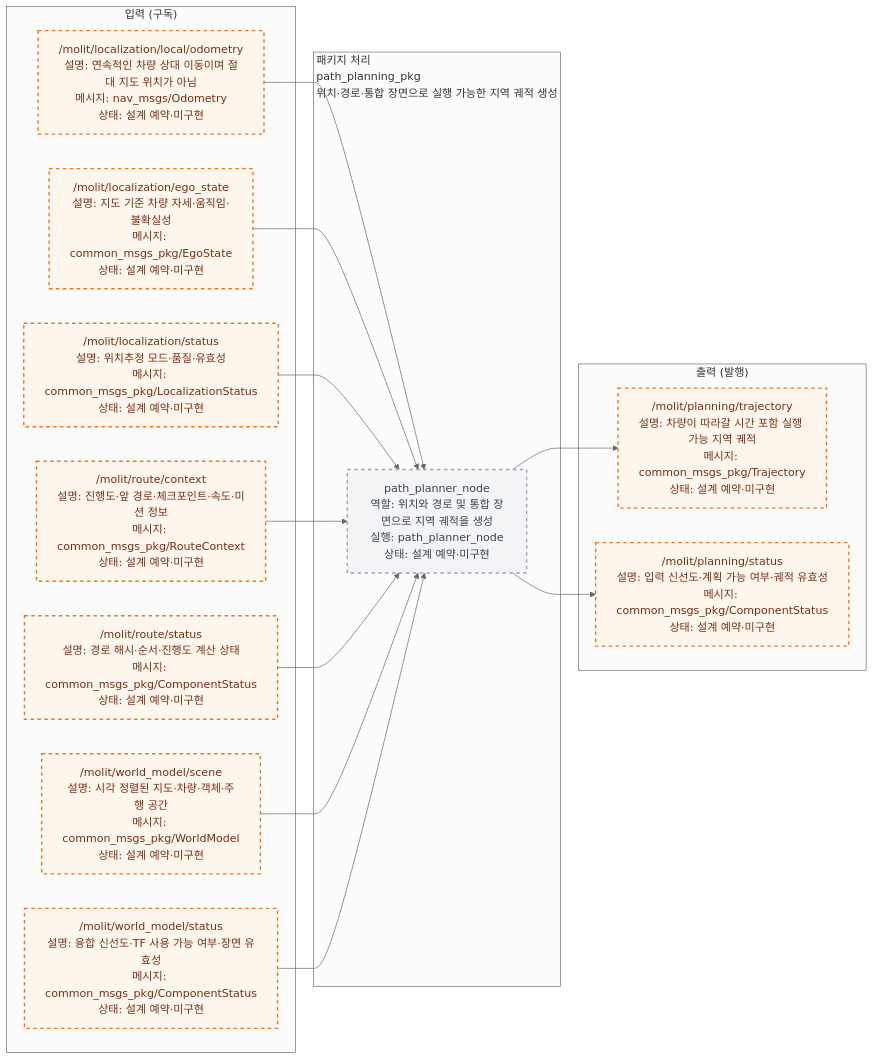
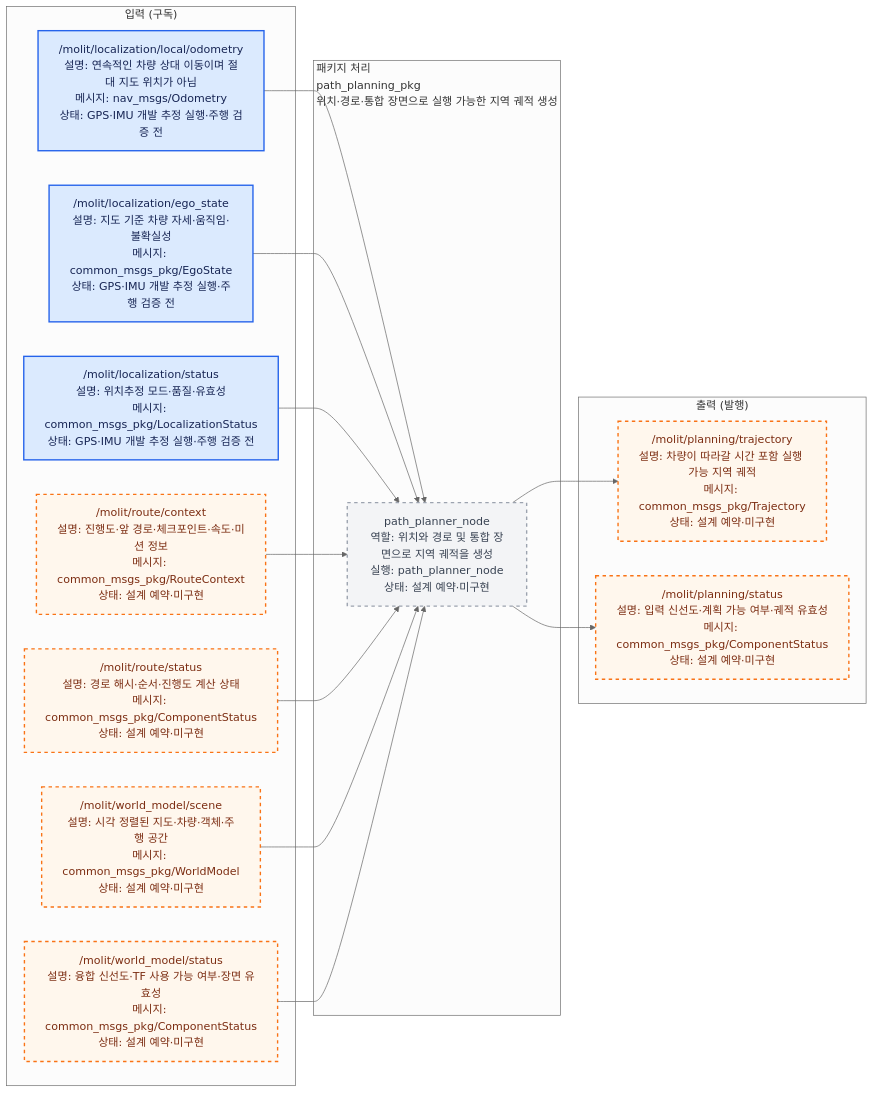
The diagram in src/path_planning_pkg/docs/interface_io.mmd (Team-Stier/Morai_Sim_team2), drawn with Mermaid (neutral theme) before and after one commit. The commit also changed 145 other files, not shown here.

```diff
--- a/src/path_planning_pkg/docs/interface_io.mmd
+++ b/src/path_planning_pkg/docs/interface_io.mmd
@@ -1,47 +1,47 @@
 %% AUTO-GENERATED by ros_architecture_pkg/scripts/generate_interface_diagrams.py. DO NOT EDIT.
 %% Source of truth: ros_architecture_pkg/config/interface_contract.yaml
 flowchart LR
     classDef liveNode fill:#dcfce7,color:#14532d,stroke:#16a34a,stroke-width:2px;
     classDef reservedNode fill:#f3f4f6,color:#374151,stroke:#9ca3af,stroke-width:2px,stroke-dasharray: 5 5;
     classDef liveTopic fill:#dbeafe,color:#172554,stroke:#2563eb,stroke-width:2px;
     classDef reservedTopic fill:#fff7ed,color:#7c2d12,stroke:#f97316,stroke-width:2px,stroke-dasharray: 5 5;
     classDef emptyPort fill:#ffffff,color:#6b7280,stroke:#d1d5db,stroke-dasharray: 3 3;
     classDef externalEndpoint fill:#f3e8ff,color:#581c87,stroke:#9333ea,stroke-width:3px;
 
     subgraph INPUTS["입력 (구독)"]
-        input_000["/molit/localization/local/odometry<br/>설명: 연속적인 차량 상대 이동이며 절대 지도 위치가 아님<br/>메시지: nav_msgs/Odometry<br/>상태: 설계 예약·미구현"]
-        input_001["/molit/localization/ego_state<br/>설명: 지도 기준 차량 자세·움직임·불확실성<br/>메시지: common_msgs_pkg/EgoState<br/>상태: 설계 예약·미구현"]
-        input_002["/molit/localization/status<br/>설명: 위치추정 모드·품질·유효성<br/>메시지: common_msgs_pkg/LocalizationStatus<br/>상태: 설계 예약·미구현"]
+        input_000["/molit/localization/local/odometry<br/>설명: 연속적인 차량 상대 이동이며 절대 지도 위치가 아님<br/>메시지: nav_msgs/Odometry<br/>상태: GPS·IMU 개발 추정 실행·주행 검증 전"]
+        input_001["/molit/localization/ego_state<br/>설명: 지도 기준 차량 자세·움직임·불확실성<br/>메시지: common_msgs_pkg/EgoState<br/>상태: GPS·IMU 개발 추정 실행·주행 검증 전"]
+        input_002["/molit/localization/status<br/>설명: 위치추정 모드·품질·유효성<br/>메시지: common_msgs_pkg/LocalizationStatus<br/>상태: GPS·IMU 개발 추정 실행·주행 검증 전"]
         input_003["/molit/route/context<br/>설명: 진행도·앞 경로·체크포인트·속도·미션 정보<br/>메시지: common_msgs_pkg/RouteContext<br/>상태: 설계 예약·미구현"]
         input_004["/molit/route/status<br/>설명: 경로 해시·순서·진행도 계산 상태<br/>메시지: common_msgs_pkg/ComponentStatus<br/>상태: 설계 예약·미구현"]
         input_005["/molit/world_model/scene<br/>설명: 시각 정렬된 지도·차량·객체·주행 공간<br/>메시지: common_msgs_pkg/WorldModel<br/>상태: 설계 예약·미구현"]
         input_006["/molit/world_model/status<br/>설명: 융합 신선도·TF 사용 가능 여부·장면 유효성<br/>메시지: common_msgs_pkg/ComponentStatus<br/>상태: 설계 예약·미구현"]
     end
     subgraph PACKAGE["패키지 처리<br/>path_planning_pkg<br/>위치·경로·통합 장면으로 실행 가능한 지역 궤적 생성"]
         local_node_000["path_planner_node<br/>역할: 위치와 경로 및 통합 장면으로 지역 궤적을 생성<br/>실행: path_planner_node<br/>상태: 설계 예약·미구현"]
     end
     subgraph OUTPUTS["출력 (발행)"]
         output_000["/molit/planning/trajectory<br/>설명: 차량이 따라갈 시간 포함 실행 가능 지역 궤적<br/>메시지: common_msgs_pkg/Trajectory<br/>상태: 설계 예약·미구현"]
         output_001["/molit/planning/status<br/>설명: 입력 신선도·계획 가능 여부·궤적 유효성<br/>메시지: common_msgs_pkg/ComponentStatus<br/>상태: 설계 예약·미구현"]
     end
 
     input_000 --> local_node_000
     input_001 --> local_node_000
     input_002 --> local_node_000
     input_003 --> local_node_000
     input_004 --> local_node_000
     input_005 --> local_node_000
     input_006 --> local_node_000
     local_node_000 --> output_000
     local_node_000 --> output_001
 
     class local_node_000 reservedNode;
-    class input_000 reservedTopic;
-    class input_001 reservedTopic;
-    class input_002 reservedTopic;
+    class input_000 liveTopic;
+    class input_001 liveTopic;
+    class input_002 liveTopic;
     class input_003 reservedTopic;
     class input_004 reservedTopic;
     class input_005 reservedTopic;
     class input_006 reservedTopic;
     class output_000 reservedTopic;
     class output_001 reservedTopic;
```
